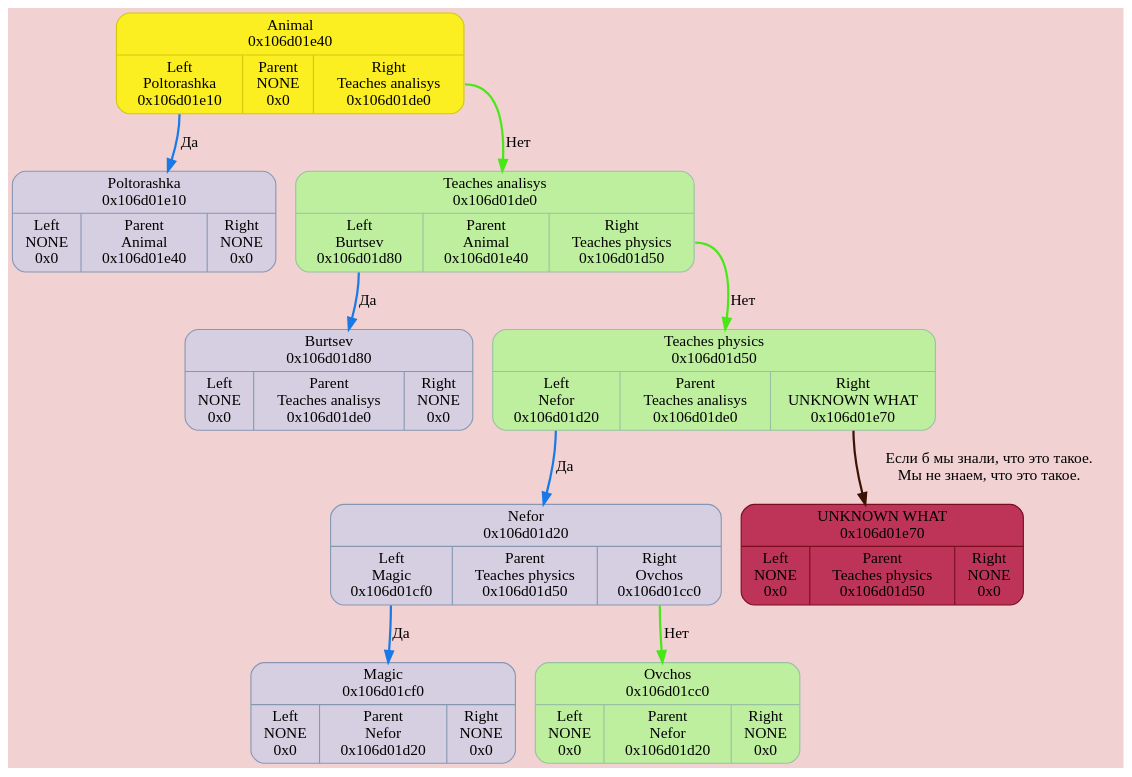
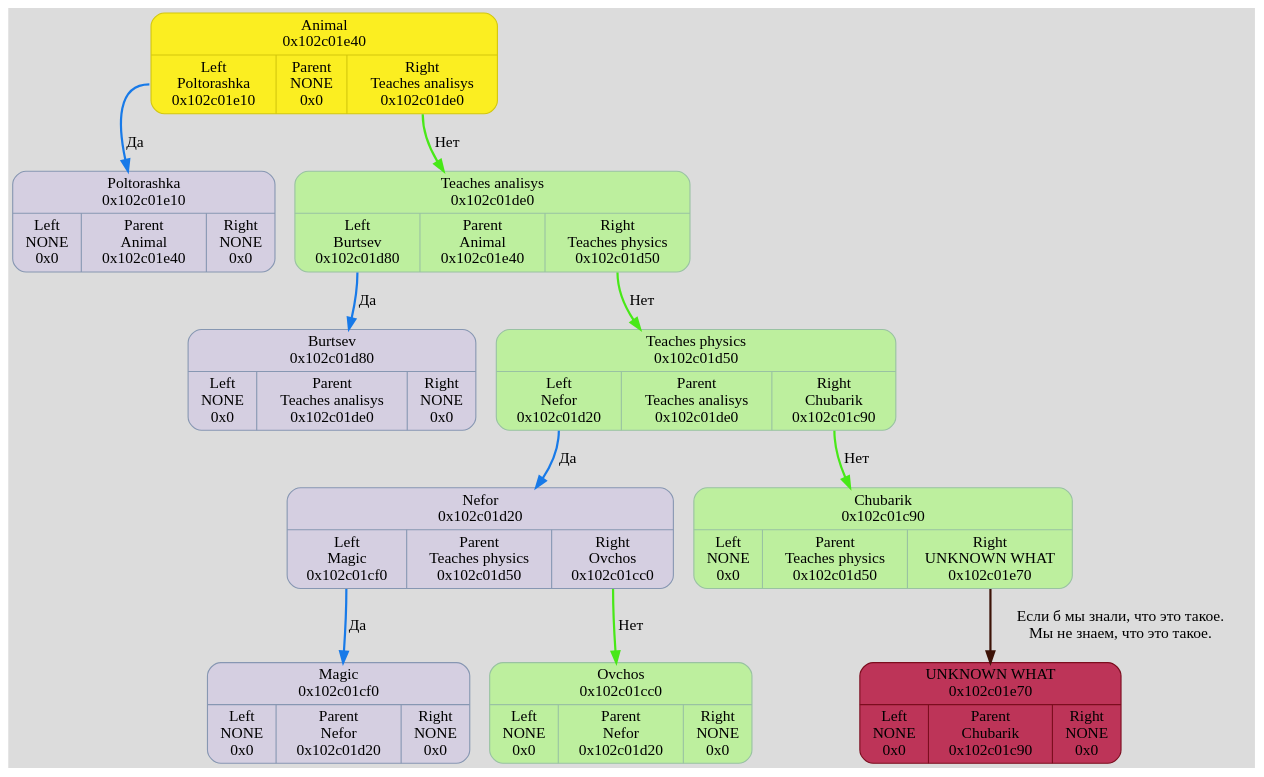
The diagram in dump/graph.dot (TolikRogov/Akinator), drawn with Graphviz before and after one commit. The commit also changed 25 other files, not shown here.

```diff
--- a/dump/graph.dot
+++ b/dump/graph.dot
@@ -1,26 +1,29 @@
 digraph {
 	fontname = "UbuntuMono";
-	bgcolor = "#F1D1D1";
+	bgcolor = "#DCDCDC";
 
-	node0x106d01e40 [ shape = Mrecord; style = filled; fillcolor = "#FBEE21"; color = "#D3C70D"; fontcolor = "#000000";label = " { Animal\n0x106d01e40 | { <left> Left\nPoltorashka\n0x106d01e10 | Parent\nNONE\n0x0 | <right> Right\nTeaches analisys\n0x106d01de0 } } ";  ];
-	node0x106d01e40:<left> -> node0x106d01e10 [ style = "bold"; color = "#187AE8"; label = "Да"; ];
-	node0x106d01e10 [ shape = Mrecord; style = filled; fillcolor = "#D5CFE1"; color = "#8797b2"; fontcolor = "#000000";label = " { Poltorashka\n0x106d01e10 | { <left> Left\nNONE\n0x0 | Parent\nAnimal\n0x106d01e40 | <right> Right\nNONE\n0x0 } } ";  ];
-	node0x106d01de0 [ shape = Mrecord; style = filled; fillcolor = "#D5CFE1"; color = "#8797b2"; fontcolor = "#000000";label = " { Teaches analisys\n0x106d01de0 | { <left> Left\nBurtsev\n0x106d01d80 | Parent\nAnimal\n0x106d01e40 | <right> Right\nTeaches physics\n0x106d01d50 } } ";  ];
-	node0x106d01de0:<left> -> node0x106d01d80 [ style = "bold"; color = "#187AE8"; label = "Да"; ];
-	node0x106d01d80 [ shape = Mrecord; style = filled; fillcolor = "#D5CFE1"; color = "#8797b2"; fontcolor = "#000000";label = " { Burtsev\n0x106d01d80 | { <left> Left\nNONE\n0x0 | Parent\nTeaches analisys\n0x106d01de0 | <right> Right\nNONE\n0x0 } } ";  ];
-	node0x106d01d50 [ shape = Mrecord; style = filled; fillcolor = "#D5CFE1"; color = "#8797b2"; fontcolor = "#000000";label = " { Teaches physics\n0x106d01d50 | { <left> Left\nNefor\n0x106d01d20 | Parent\nTeaches analisys\n0x106d01de0 | <right> Right\nUNKNOWN WHAT\n0x106d01e70 } } ";  ];
-	node0x106d01d50:<left> -> node0x106d01d20 [ style = "bold"; color = "#187AE8"; label = "Да"; ];
-	node0x106d01d20 [ shape = Mrecord; style = filled; fillcolor = "#D5CFE1"; color = "#8797b2"; fontcolor = "#000000";label = " { Nefor\n0x106d01d20 | { <left> Left\nMagic\n0x106d01cf0 | Parent\nTeaches physics\n0x106d01d50 | <right> Right\nOvchos\n0x106d01cc0 } } ";  ];
-	node0x106d01d20:<left> -> node0x106d01cf0 [ style = "bold"; color = "#187AE8"; label = "Да"; ];
-	node0x106d01cf0 [ shape = Mrecord; style = filled; fillcolor = "#D5CFE1"; color = "#8797b2"; fontcolor = "#000000";label = " { Magic\n0x106d01cf0 | { <left> Left\nNONE\n0x0 | Parent\nNefor\n0x106d01d20 | <right> Right\nNONE\n0x0 } } ";  ];
-	node0x106d01cc0 [ shape = Mrecord; style = filled; fillcolor = "#D5CFE1"; color = "#8797b2"; fontcolor = "#000000";label = " { Ovchos\n0x106d01cc0 | { <left> Left\nNONE\n0x0 | Parent\nNefor\n0x106d01d20 | <right> Right\nNONE\n0x0 } } ";  ];
-	node0x106d01d20:<right> -> node0x106d01cc0 [ style = "bold"; color = "#48E818"; label = "Нет"; ];
-	node0x106d01cc0 [ fillcolor = "#BDEF9E"; color = "#99c2a2"; fontcolor = "#000000"; ];
-	node0x106d01e70 [ shape = Mrecord; style = filled; fillcolor = "#D5CFE1"; color = "#8797b2"; fontcolor = "#000000";label = " { UNKNOWN WHAT\n0x106d01e70 | { <left> Left\nNONE\n0x0 | Parent\nTeaches physics\n0x106d01d50 | <right> Right\nNONE\n0x0 } } ";  ];
-	node0x106d01e70 [ fillcolor = "#BD3458"; color = "#7b0d1e"; fontcolor = "#000000"; ];
-	node0x106d01d50:<right> -> node0x106d01e70 [ style = "bold"; color = "#3d1308"; label = "Если б мы знали, что это такое.\nМы не знаем, что это такое."; ];
-	node0x106d01de0:<right> -> node0x106d01d50 [ style = "bold"; color = "#48E818"; label = "Нет"; ];
-	node0x106d01d50 [ fillcolor = "#BDEF9E"; color = "#99c2a2"; fontcolor = "#000000"; ];
-	node0x106d01e40:<right> -> node0x106d01de0 [ style = "bold"; color = "#48E818"; label = "Нет"; ];
-	node0x106d01de0 [ fillcolor = "#BDEF9E"; color = "#99c2a2"; fontcolor = "#000000"; ];
+	node0x102c01e40 [ shape = Mrecord; style = filled; fillcolor = "#FBEE21"; color = "#D3C70D"; fontcolor = "#000000";label = " { Animal\n0x102c01e40 | { <left> Left\nPoltorashka\n0x102c01e10 | Parent\nNONE\n0x0 | <right> Right\nTeaches analisys\n0x102c01de0 } } ";  ];
+	node0x102c01e40:<left> -> node0x102c01e10 [ style = "bold"; color = "#187AE8"; label = "Да"; ];
+	node0x102c01e10 [ shape = Mrecord; style = filled; fillcolor = "#D5CFE1"; color = "#8797b2"; fontcolor = "#000000";label = " { Poltorashka\n0x102c01e10 | { <left> Left\nNONE\n0x0 | Parent\nAnimal\n0x102c01e40 | <right> Right\nNONE\n0x0 } } ";  ];
+	node0x102c01de0 [ shape = Mrecord; style = filled; fillcolor = "#D5CFE1"; color = "#8797b2"; fontcolor = "#000000";label = " { Teaches analisys\n0x102c01de0 | { <left> Left\nBurtsev\n0x102c01d80 | Parent\nAnimal\n0x102c01e40 | <right> Right\nTeaches physics\n0x102c01d50 } } ";  ];
+	node0x102c01de0:<left> -> node0x102c01d80 [ style = "bold"; color = "#187AE8"; label = "Да"; ];
+	node0x102c01d80 [ shape = Mrecord; style = filled; fillcolor = "#D5CFE1"; color = "#8797b2"; fontcolor = "#000000";label = " { Burtsev\n0x102c01d80 | { <left> Left\nNONE\n0x0 | Parent\nTeaches analisys\n0x102c01de0 | <right> Right\nNONE\n0x0 } } ";  ];
+	node0x102c01d50 [ shape = Mrecord; style = filled; fillcolor = "#D5CFE1"; color = "#8797b2"; fontcolor = "#000000";label = " { Teaches physics\n0x102c01d50 | { <left> Left\nNefor\n0x102c01d20 | Parent\nTeaches analisys\n0x102c01de0 | <right> Right\nChubarik\n0x102c01c90 } } ";  ];
+	node0x102c01d50:<left> -> node0x102c01d20 [ style = "bold"; color = "#187AE8"; label = "Да"; ];
+	node0x102c01d20 [ shape = Mrecord; style = filled; fillcolor = "#D5CFE1"; color = "#8797b2"; fontcolor = "#000000";label = " { Nefor\n0x102c01d20 | { <left> Left\nMagic\n0x102c01cf0 | Parent\nTeaches physics\n0x102c01d50 | <right> Right\nOvchos\n0x102c01cc0 } } ";  ];
+	node0x102c01d20:<left> -> node0x102c01cf0 [ style = "bold"; color = "#187AE8"; label = "Да"; ];
+	node0x102c01cf0 [ shape = Mrecord; style = filled; fillcolor = "#D5CFE1"; color = "#8797b2"; fontcolor = "#000000";label = " { Magic\n0x102c01cf0 | { <left> Left\nNONE\n0x0 | Parent\nNefor\n0x102c01d20 | <right> Right\nNONE\n0x0 } } ";  ];
+	node0x102c01cc0 [ shape = Mrecord; style = filled; fillcolor = "#D5CFE1"; color = "#8797b2"; fontcolor = "#000000";label = " { Ovchos\n0x102c01cc0 | { <left> Left\nNONE\n0x0 | Parent\nNefor\n0x102c01d20 | <right> Right\nNONE\n0x0 } } ";  ];
+	node0x102c01d20:<right> -> node0x102c01cc0 [ style = "bold"; color = "#48E818"; label = "Нет"; ];
+	node0x102c01cc0 [ fillcolor = "#BDEF9E"; color = "#99c2a2"; fontcolor = "#000000"; ];
+	node0x102c01c90 [ shape = Mrecord; style = filled; fillcolor = "#D5CFE1"; color = "#8797b2"; fontcolor = "#000000";label = " { Chubarik\n0x102c01c90 | { <left> Left\nNONE\n0x0 | Parent\nTeaches physics\n0x102c01d50 | <right> Right\nUNKNOWN WHAT\n0x102c01e70 } } ";  ];
+	node0x102c01e70 [ shape = Mrecord; style = filled; fillcolor = "#D5CFE1"; color = "#8797b2"; fontcolor = "#000000";label = " { UNKNOWN WHAT\n0x102c01e70 | { <left> Left\nNONE\n0x0 | Parent\nChubarik\n0x102c01c90 | <right> Right\nNONE\n0x0 } } ";  ];
+	node0x102c01e70 [ fillcolor = "#BD3458"; color = "#7b0d1e"; fontcolor = "#000000"; ];
+	node0x102c01c90:<right> -> node0x102c01e70 [ style = "bold"; color = "#3d1308"; label = "Если б мы знали, что это такое.\nМы не знаем, что это такое."; ];
+	node0x102c01d50:<right> -> node0x102c01c90 [ style = "bold"; color = "#48E818"; label = "Нет"; ];
+	node0x102c01c90 [ fillcolor = "#BDEF9E"; color = "#99c2a2"; fontcolor = "#000000"; ];
+	node0x102c01de0:<right> -> node0x102c01d50 [ style = "bold"; color = "#48E818"; label = "Нет"; ];
+	node0x102c01d50 [ fillcolor = "#BDEF9E"; color = "#99c2a2"; fontcolor = "#000000"; ];
+	node0x102c01e40:<right> -> node0x102c01de0 [ style = "bold"; color = "#48E818"; label = "Нет"; ];
+	node0x102c01de0 [ fillcolor = "#BDEF9E"; color = "#99c2a2"; fontcolor = "#000000"; ];
 }
```
